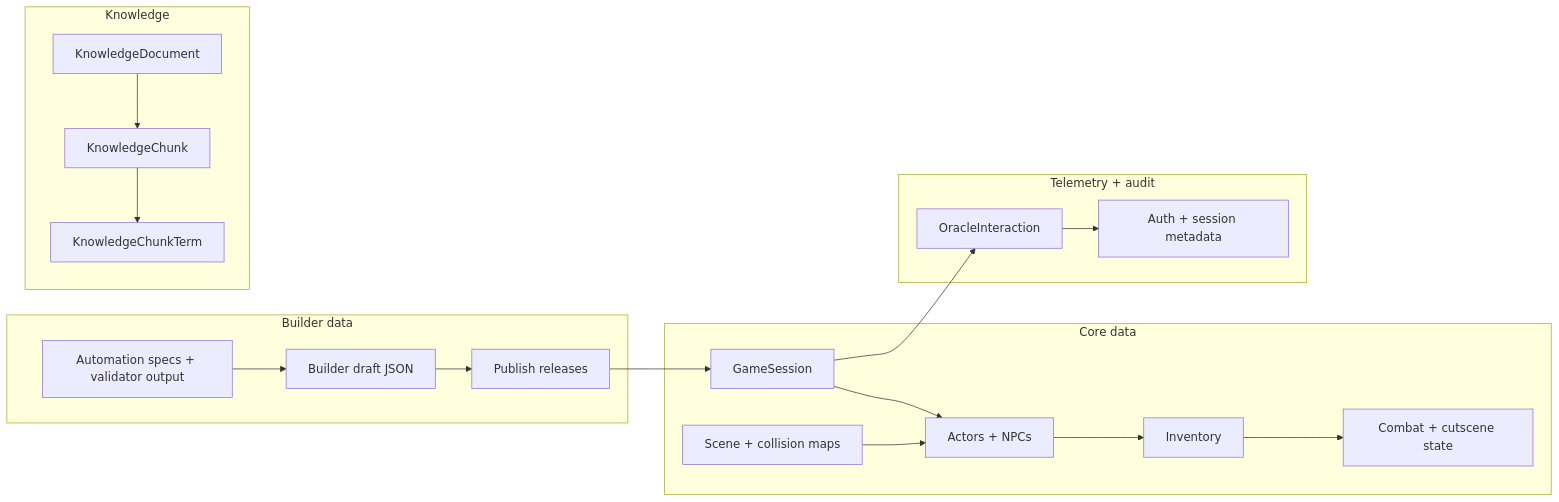
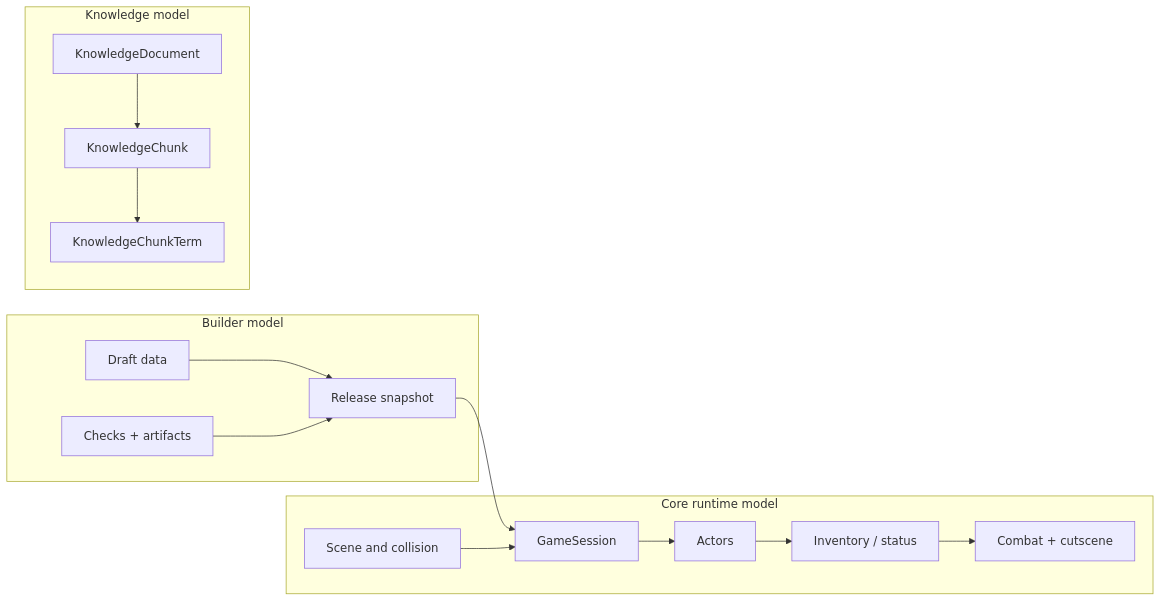
The fifth of 10 diagrams in README.md (d4551/tea), drawn with Mermaid before and after one commit. The commit also changed other lines of this file and 2 other files, not shown here.

````diff
--- a/README.md
+++ b/README.md
@@ -186,36 +218,30 @@
 ```mermaid
 flowchart LR
-  subgraph CoreData["Core data"]
-    GM["GameSession"]
-    AC["Actors + NPCs"]
-    SC["Scene + collision maps"]
-    INV["Inventory"]
-    CT["Combat + cutscene state"]
+  subgraph CoreRuntime["Core runtime model"]
+    GS["GameSession"]
+    SN["Scene and collision"]
+    AC["Actors"]
+    IV["Inventory / status"]
+    CX["Combat + cutscene"]
   end
 
-  subgraph BuilderData["Builder data"]
-    BD["Builder draft JSON"]
-    BR["Publish releases"]
-    BI["Automation specs + validator output"]
+  subgraph BuilderModel["Builder model"]
+    DR["Draft data"]
+    RL["Release snapshot"]
+    CH["Checks + artifacts"]
   end
 
-  subgraph KnowledgeData["Knowledge"]
+  subgraph KnowledgeModel["Knowledge model"]
     KD["KnowledgeDocument"]
     KC["KnowledgeChunk"]
     KT["KnowledgeChunkTerm"]
   end
 
-  subgraph Meta["Telemetry + audit"]
-    OR["OracleInteraction"]
-    AU["Auth + session metadata"]
-  end
-
-  BR --> GM
-  BD --> BR
-  BI --> BD
-  GM --> AC --> INV --> CT
-  SC --> AC
+  DR --> RL --> GS
+  CH --> RL
+  GS --> AC
+  AC --> IV
+  IV --> CX
+  SN --> GS
   KD --> KC --> KT
-  GM --> OR
-  OR --> AU
 ```
````
